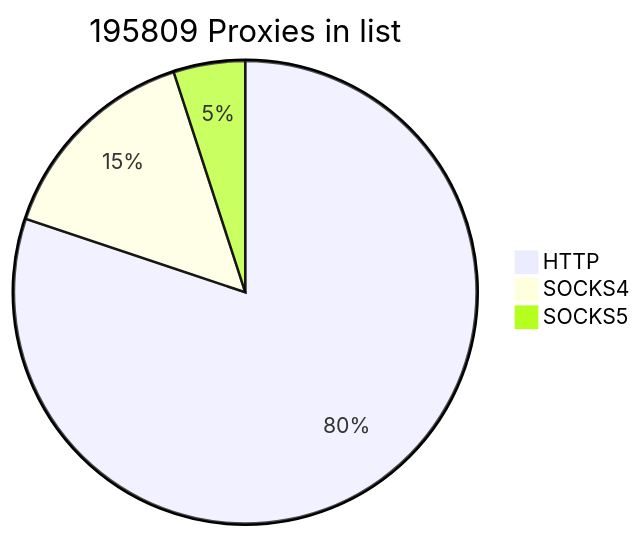
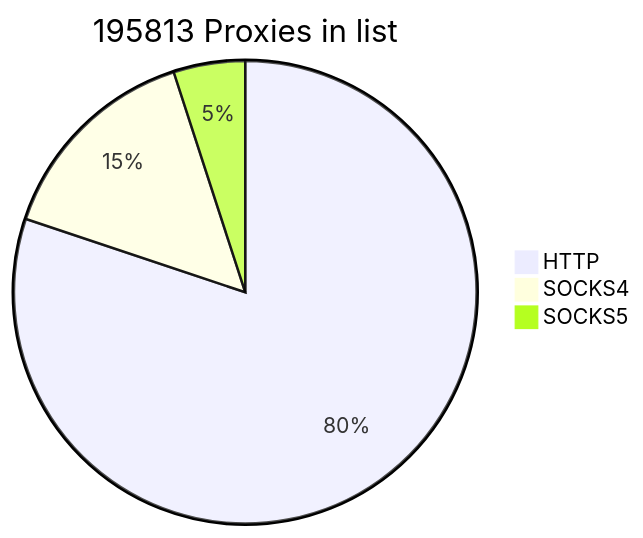
One commit to cutipu/proxylist changed the first of 2 diagrams in README.md. Above: the diagram before and after it, drawn with Mermaid. The commit also changed other lines of this file, not shown here.

````diff
--- a/README.md
+++ b/README.md
@@ -2,7 +2,7 @@
 ```mermaid
-pie title 195809 Proxies in list
+pie title 195813 Proxies in list
     "HTTP" : 156912
-    "SOCKS4" : 29107
-    "SOCKS5" : 9790
+    "SOCKS4" : 29113
+    "SOCKS5" : 9788
             
 ```
````
